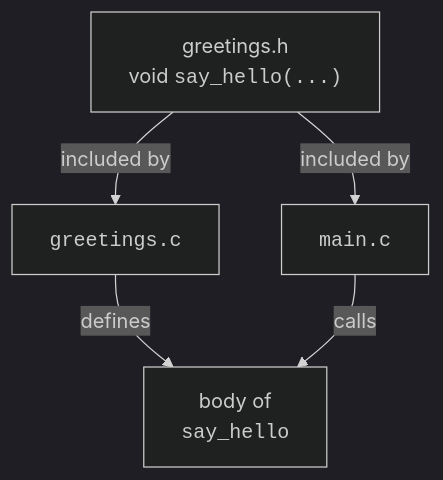
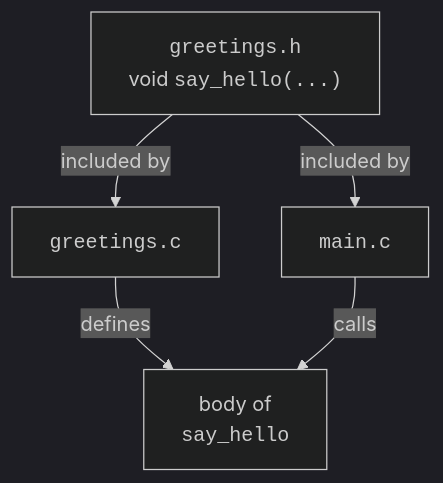
The diagram in content/courses/c-programming-for-beginners/compilation-and-execution.mdx (dataslope/dataslope), drawn with Mermaid (dark theme) before and after one commit. The commit also changed 65 other files, not shown here.

First line of the commit message:
Set code in every mermaid label in the mono face

````diff
--- a/content/courses/c-programming-for-beginners/compilation-and-execution.mdx
+++ b/content/courses/c-programming-for-beginners/compilation-and-execution.mdx
@@ -241,7 +241,7 @@
 ```mermaid
 flowchart TD
-    H["greetings.h<br/>void <code>say_hello(...)</code>"] -->|included by| M["<code>main.c</code>"]
+    H["<code>greetings.h</code><br/>void <code>say_hello(...)</code>"] -->|included by| M["<code>main.c</code>"]
     H -->|included by| G["<code>greetings.c</code>"]
     G -->|defines| BODY["body of<br/><code>say_hello</code>"]
     M -->|calls| BODY
 ```
````
